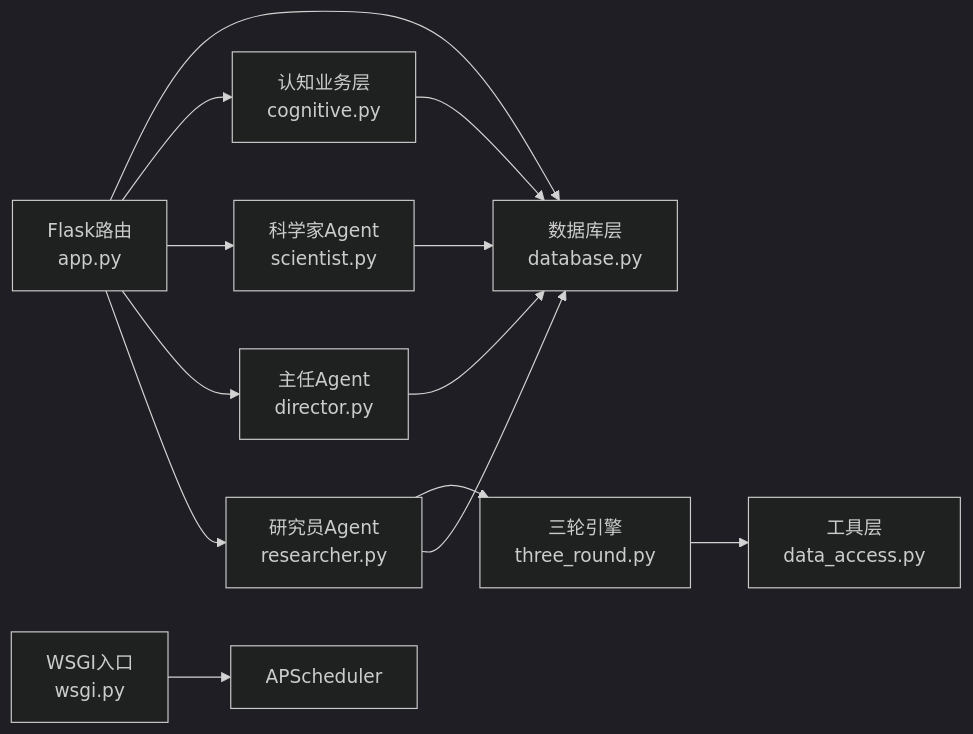
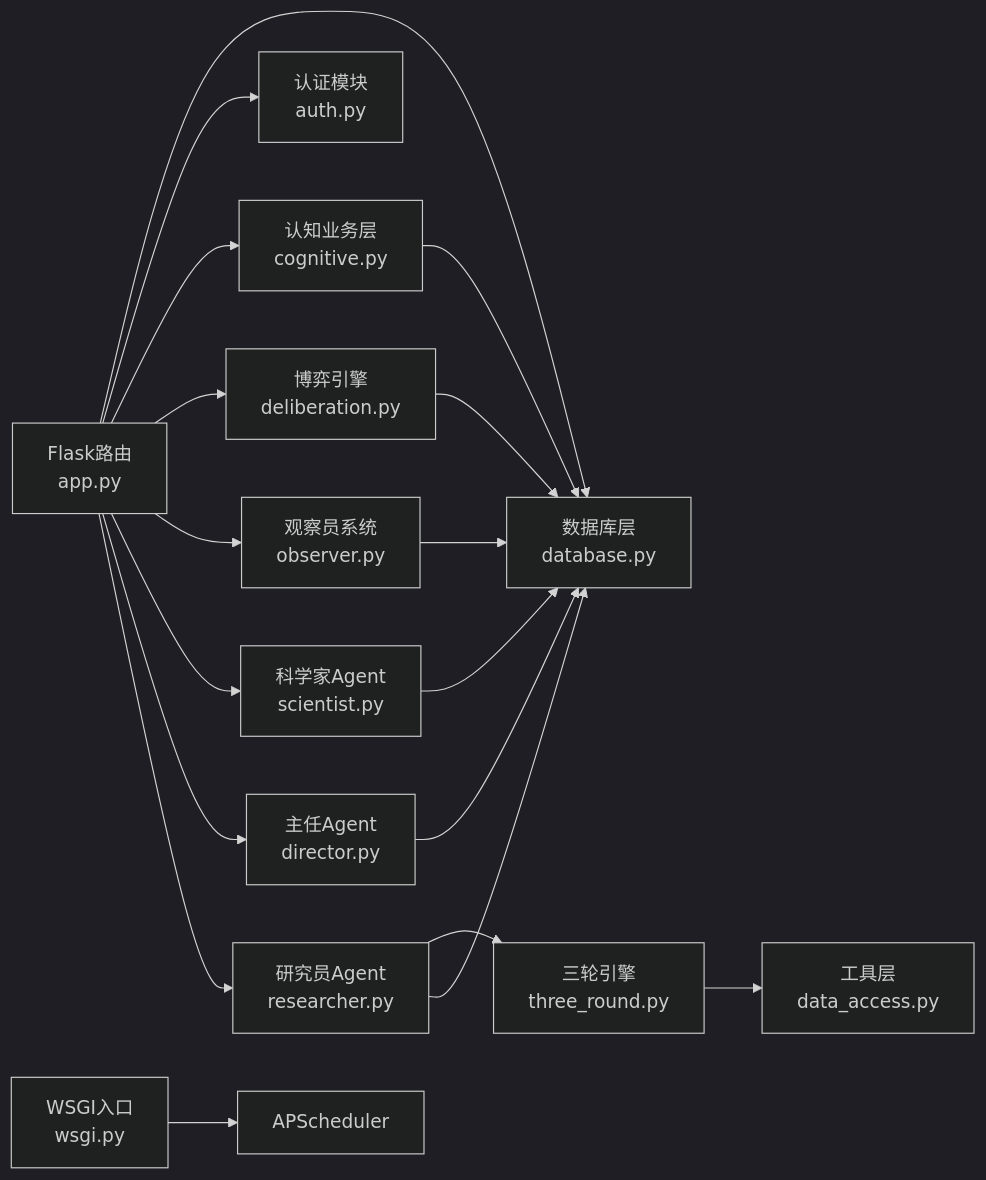
The fourth of 4 diagrams in .qoder/repowiki/zh/content/API参考文档/API参考文档.md (GDY-ai/ainstein), drawn with Mermaid (dark theme) before and after one commit. The commit also changed other lines of this file and 61 other files, not shown here.

````diff
--- a/.qoder/repowiki/zh/content/API参考文档/API参考文档.md
+++ b/.qoder/repowiki/zh/content/API参考文档/API参考文档.md
@@ -438,15 +640,20 @@
 ```mermaid
 graph LR
 Flask["Flask路由<br/>app.py"] --> DB["数据库层<br/>database.py"]
+Flask --> Auth["认证模块<br/>auth.py"]
 Flask --> Cog["认知业务层<br/>cognitive.py"]
+Flask --> Delib["博弈引擎<br/>deliberation.py"]
+Flask --> Obs["观察员系统<br/>observer.py"]
 Flask --> AgentSci["科学家Agent<br/>scientist.py"]
 Flask --> AgentDir["主任Agent<br/>director.py"]
 Flask --> AgentRes["研究员Agent<br/>researcher.py"]
 AgentRes --> Engine["三轮引擎<br/>three_round.py"]
 AgentSci --> DB
 AgentDir --> DB
 AgentRes --> DB
 Engine --> Tools["工具层<br/>data_access.py"]
 Cog --> DB
+Delib --> DB
+Obs --> DB
 WSGI["WSGI入口<br/>wsgi.py"] --> Scheduler["APScheduler"]
 ```
````
